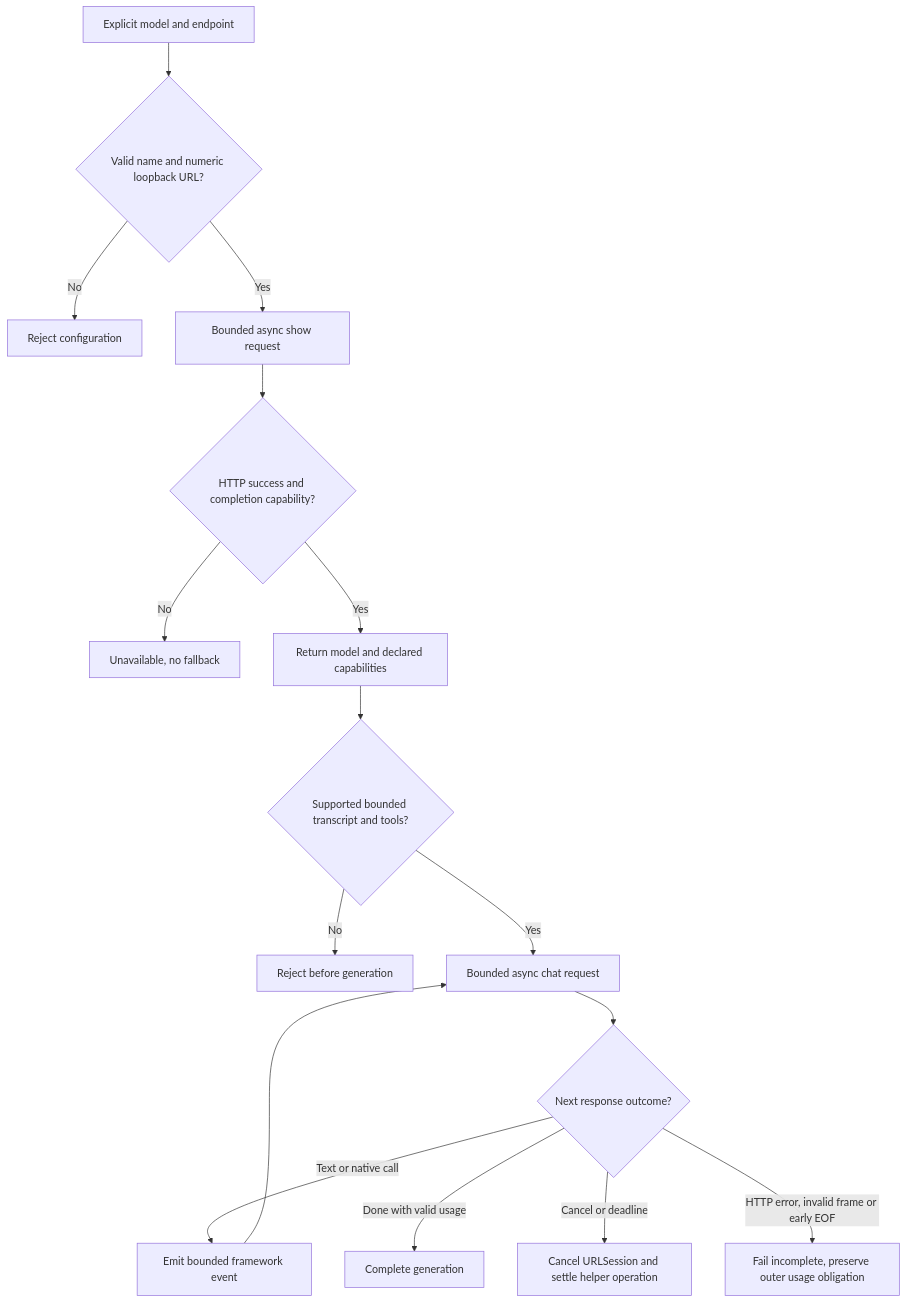
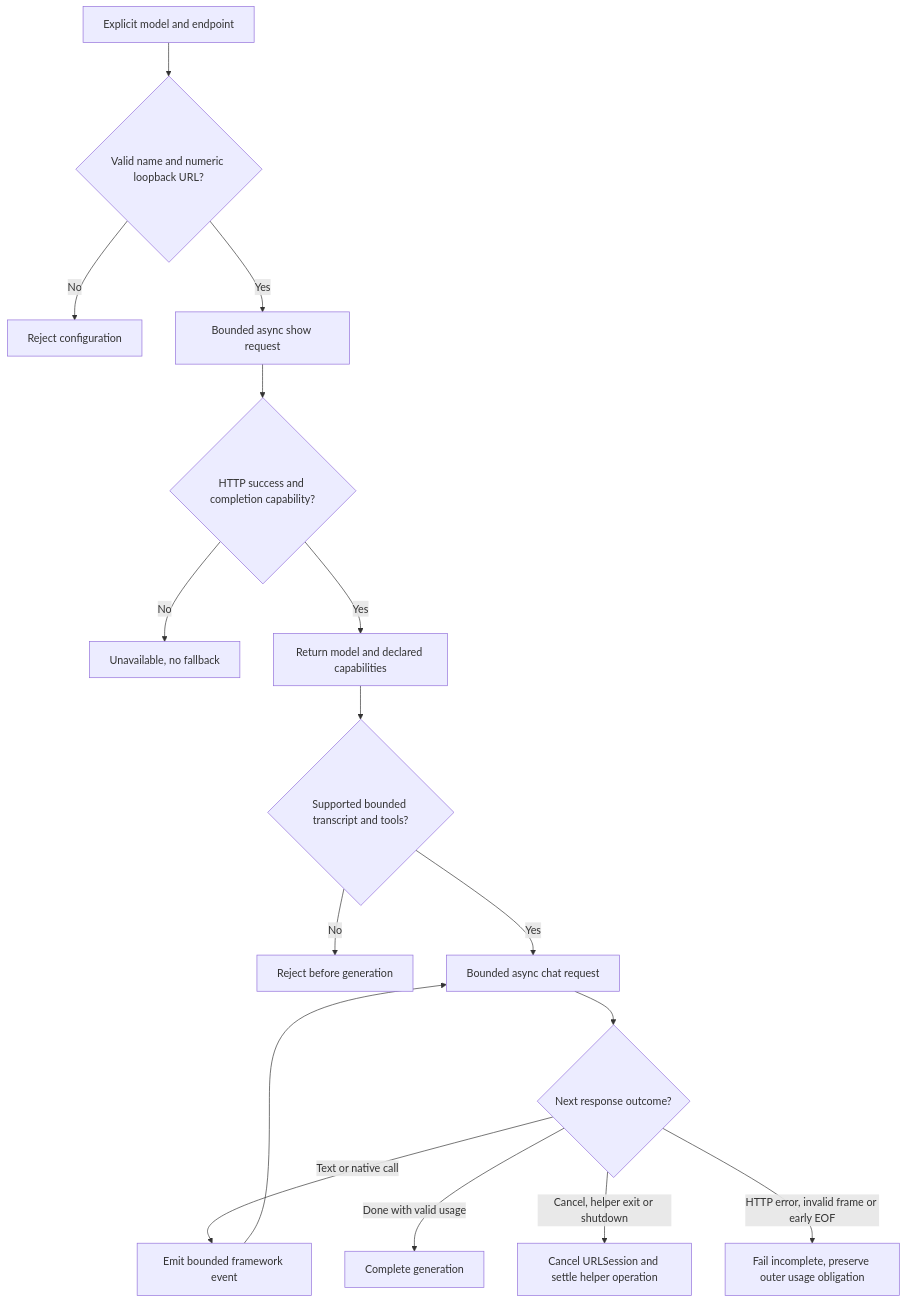
One commit to pidster/asura changed the first of 8 diagrams in docs/designs/model-provider-integration.md. Above: the diagram before and after it, drawn with Mermaid. The commit also changed other lines of this file and 39 other files, not shown here.

````diff
--- a/docs/designs/model-provider-integration.md
+++ b/docs/designs/model-provider-integration.md
@@ -115,18 +121,18 @@
 ```mermaid
 flowchart TD
     Selection["Explicit model and endpoint"] --> Valid{"Valid name and numeric loopback URL?"}
     Valid -->|No| Invalid["Reject configuration"]
     Valid -->|Yes| Discover["Bounded async show request"]
     Discover --> Ready{"HTTP success and completion capability?"}
     Ready -->|No| Unavailable["Unavailable, no fallback"]
     Ready -->|Yes| Model["Return model and declared capabilities"]
     Model --> Input{"Supported bounded transcript and tools?"}
     Input -->|No| Unsupported["Reject before generation"]
     Input -->|Yes| Stream["Bounded async chat request"]
     Stream --> Event{"Next response outcome?"}
     Event -->|Text or native call| Emit["Emit bounded framework event"]
     Emit --> Stream
     Event -->|Done with valid usage| Complete["Complete generation"]
-    Event -->|Cancel or deadline| Stop["Cancel URLSession and settle helper operation"]
+    Event -->|Cancel, helper exit or shutdown| Stop["Cancel URLSession and settle helper operation"]
     Event -->|HTTP error, invalid frame or early EOF| Fail["Fail incomplete, preserve outer usage obligation"]
 ```
````
